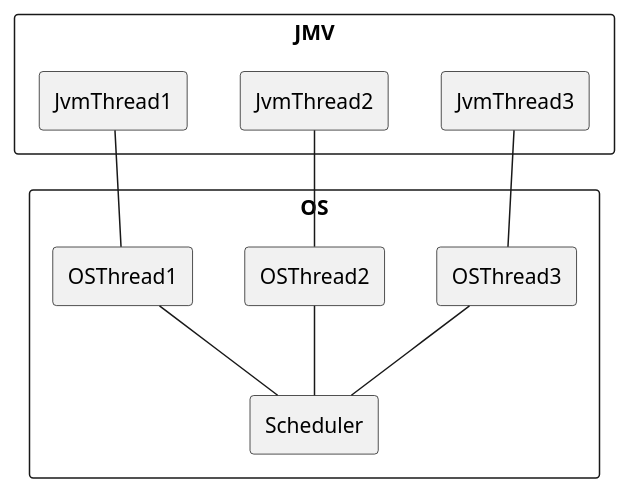
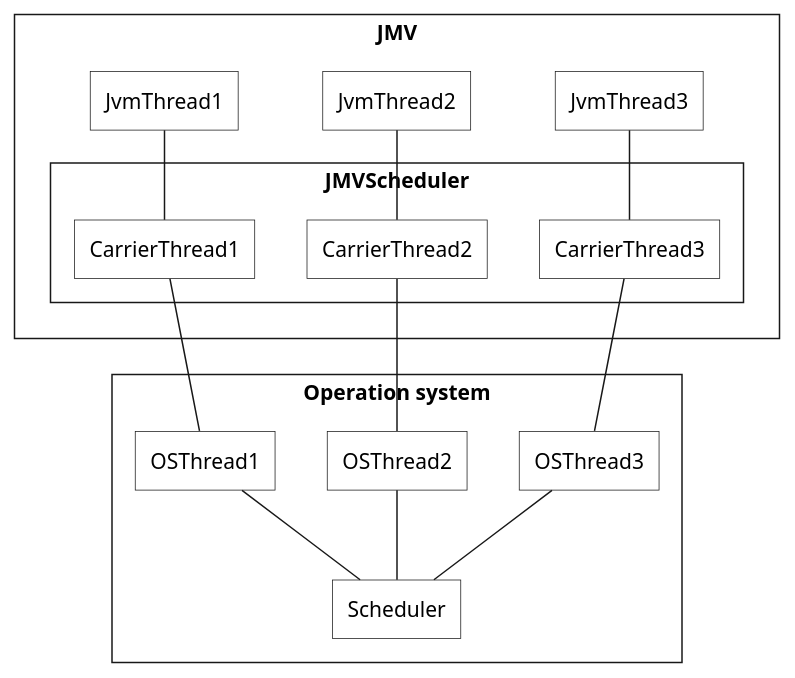
One commit to ti-cortex-m4/demo-java-virtual-threads2 changed the diagram in images/virtual_threads.puml. Above: the diagram before and after it, drawn with PlantUML.

```diff
--- a/images/virtual_threads.puml
+++ b/images/virtual_threads.puml
@@ -1,25 +1,43 @@
 @startuml
+
+skinparam {
+    defaultTextAlignment center
+    roundCorner 0
+    CardBackgroundColor transparent
+    RectangleBackgroundColor transparent
+    RectangleFontName Source Sans Pro
+}
 
 rectangle JMV {
   rectangle JvmThread1
   rectangle JvmThread2
   rectangle JvmThread3
+
+  rectangle JMVScheduler {
+    rectangle CarrierThread1
+    rectangle CarrierThread2
+    rectangle CarrierThread3
+  }
 }
 
-rectangle OS {
+rectangle "Operation system" {
   rectangle OSThread1
   rectangle OSThread2
   rectangle OSThread3
 
   rectangle Scheduler
 
   Scheduler -up- OSThread1
   Scheduler -up- OSThread2
   Scheduler -up- OSThread3
 }
 
-  OSThread1 -up- JvmThread1
-  OSThread2 -up- JvmThread2
-  OSThread3 -up- JvmThread3
+  OSThread1 -up- CarrierThread1
+  OSThread2 -up- CarrierThread2
+  OSThread3 -up- CarrierThread3
+
+  CarrierThread1 -up- JvmThread1
+  CarrierThread2 -up- JvmThread2
+  CarrierThread3 -up- JvmThread3
 
 @enduml
```
